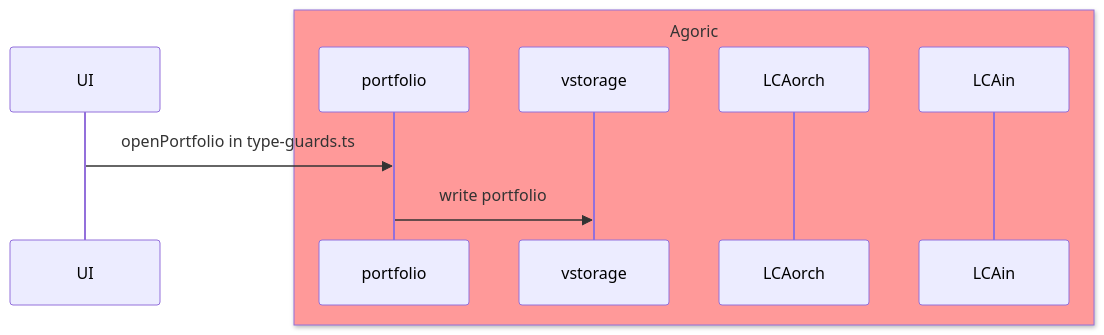
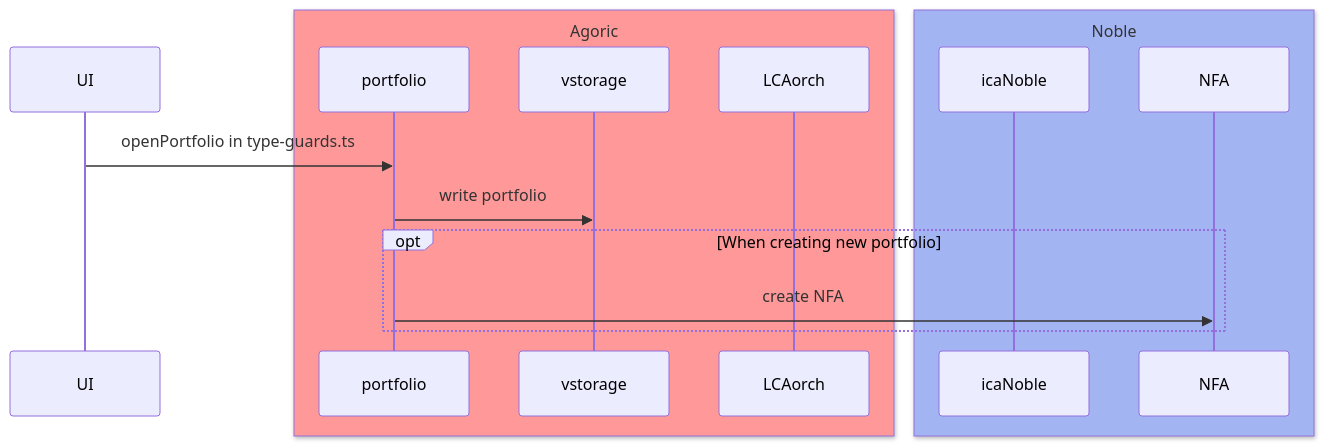
Before and after one commit to Agoric/agoric-sdk: the second of 9 diagrams in packages/portfolio-contract/DESIGN-BETA.md, drawn with Mermaid. The commit also changed other lines of this file, not shown here.

First line of the commit message:
docs(portfolio-contract): incorporate single-flow and NFA into design (#12091)

````diff
--- a/packages/portfolio-contract/DESIGN-BETA.md
+++ b/packages/portfolio-contract/DESIGN-BETA.md
@@ -37,13 +38,20 @@
 ```mermaid
 sequenceDiagram
   UI ->> portfolio: openPortfolio in type-guards.ts
 
   box rgb(255,153,153) Agoric
     participant portfolio
     participant vstorage
     participant LCAorch
-    participant LCAin
+  end
+
+  box rgb(163,180,243) Noble
+    participant icaN as icaNoble
+    participant NFA as NFA
   end
 
   portfolio ->> vstorage: write portfolio
+  opt When creating new portfolio
+    portfolio ->> NFA: create NFA
+  end
 ```
````
